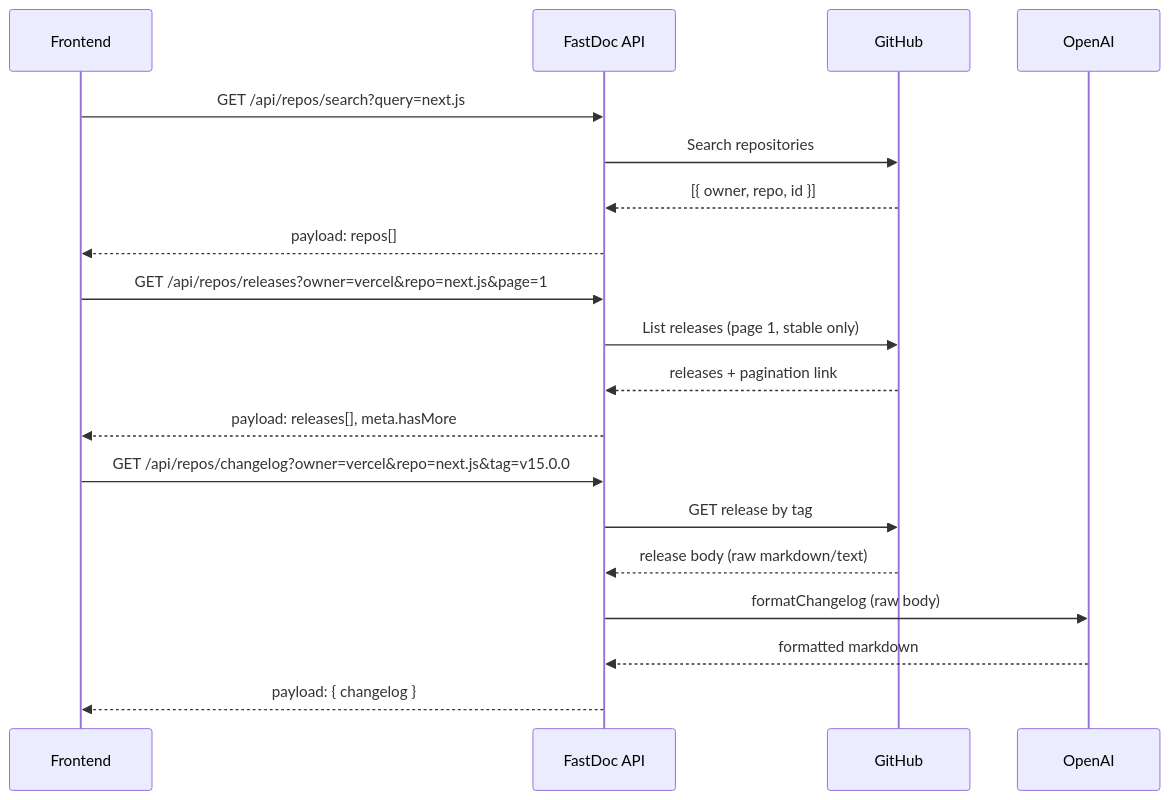
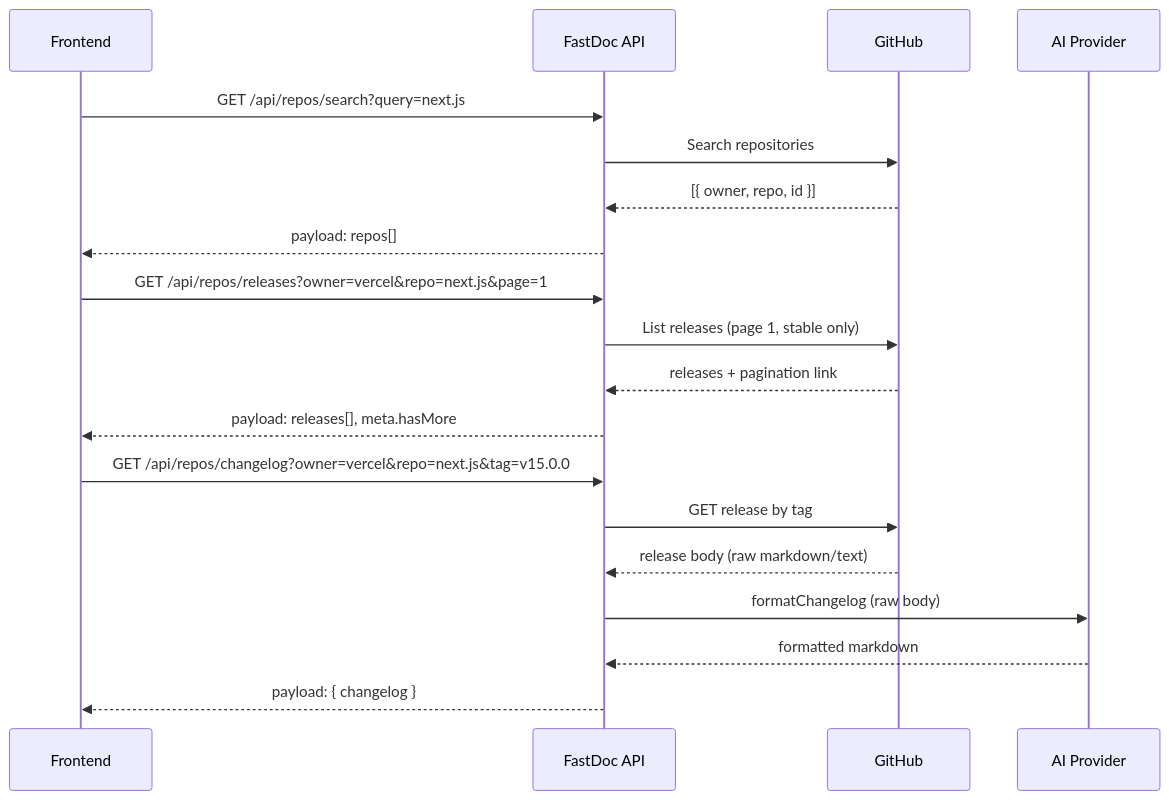
The second of 2 diagrams in README.md (soto0/FastDoc-backend), drawn with Mermaid before and after one commit. The commit also changed other lines of this file and 22 other files, not shown here.

````diff
--- a/README.md
+++ b/README.md
@@ -93,24 +95,24 @@
 ```mermaid
 sequenceDiagram
     participant C as Frontend
     participant A as FastDoc API
     participant G as GitHub
-    participant Q as OpenAI
+    participant Q as AI Provider
 
     C->>A: GET /api/repos/search?query=next.js
     A->>G: Search repositories
     G-->>A: [{ owner, repo, id }]
     A-->>C: payload: repos[]
 
     C->>A: GET /api/repos/releases?owner=vercel&repo=next.js&page=1
     A->>G: List releases (page 1, stable only)
     G-->>A: releases + pagination link
     A-->>C: payload: releases[], meta.hasMore
 
     C->>A: GET /api/repos/changelog?owner=vercel&repo=next.js&tag=v15.0.0
     A->>G: GET release by tag
     G-->>A: release body (raw markdown/text)
     A->>Q: formatChangelog (raw body)
     Q-->>A: formatted markdown
     A-->>C: payload: { changelog }
 ```
````
